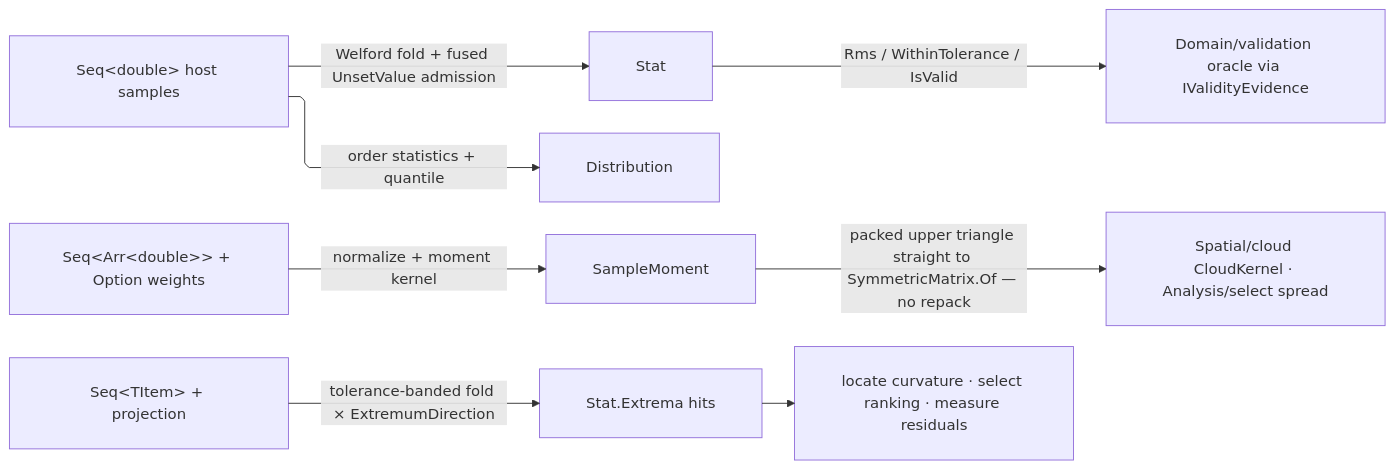
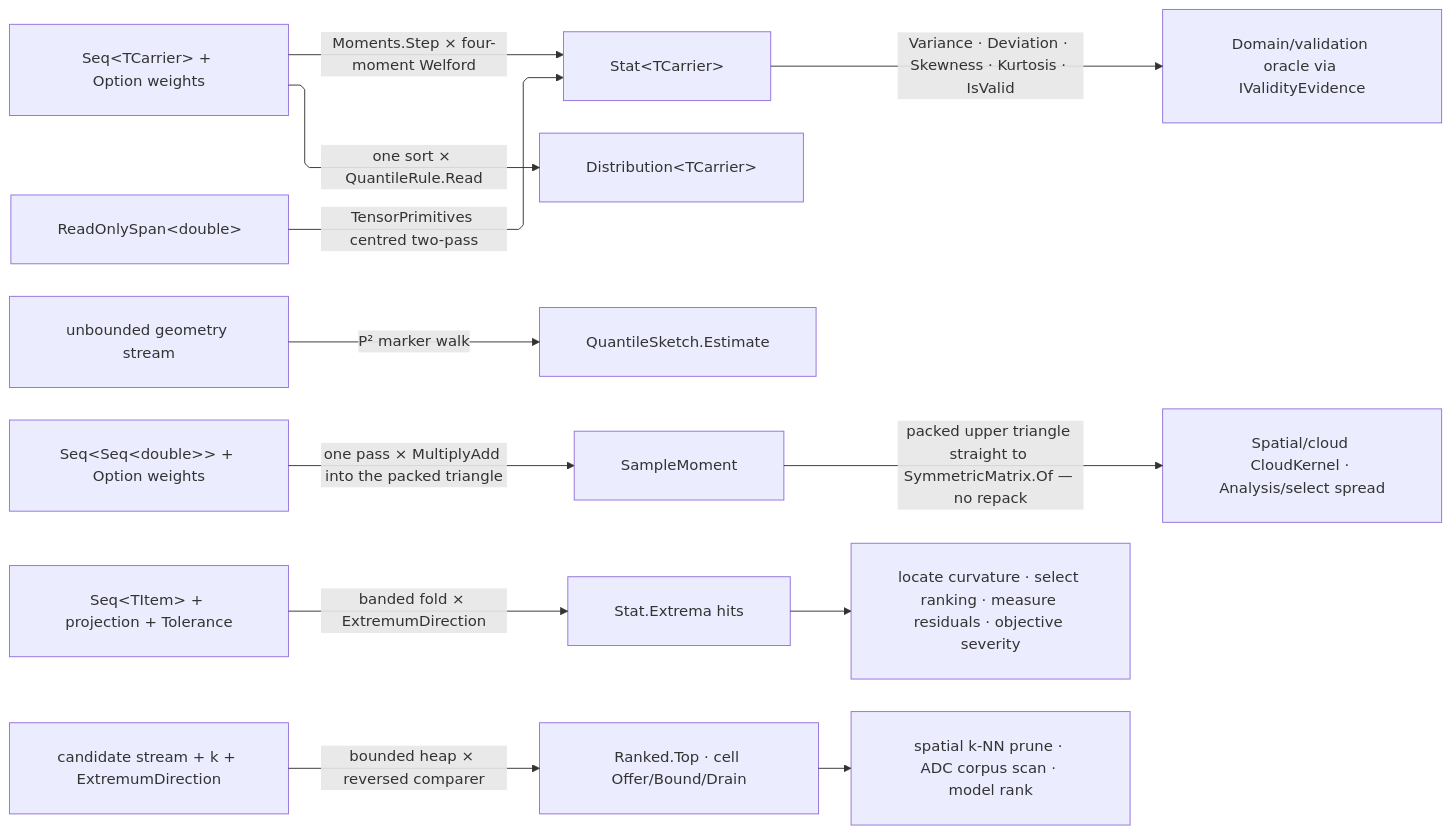
The diagram in libs/csharp/Rasm/.planning/Domain/stats.md (bsamiee/Rasm), drawn with Mermaid before and after one commit. The commit also changed other lines of this file and 818 other files, not shown here.

````diff
--- a/libs/csharp/Rasm/.planning/Domain/stats.md
+++ b/libs/csharp/Rasm/.planning/Domain/stats.md
@@ -290,19 +612,23 @@
 ```mermaid
 ---
 config:
   layout: elk
   flowchart:
     curve: linear
     padding: 25
 ---
 flowchart LR
     accTitle: Stats receipt flow
-    accDescr: Host samples fold into Stat, Distribution, SampleMoment, and extrema receipts, each re-entering the validation oracle before downstream consumers read them.
-    Samples["Seq&lt;double&gt; host samples"] -->|Welford fold + fused UnsetValue admission| Stat
-    Stat -->|Rms / WithinTolerance / IsValid| Oracle["Domain/validation oracle via IValidityEvidence"]
-    Samples -->|order statistics + quantile| Distribution
-    Rows["Seq&lt;Arr&lt;double&gt;&gt; + Option weights"] -->|normalize + moment kernel| SampleMoment
+    accDescr: Carrier samples fold through one Welford recurrence into Stat, Distribution, SampleMoment, and extrema receipts, each re-entering the validation oracle before downstream consumers read them.
+    Samples["Seq&lt;TCarrier&gt; + Option weights"] -->|Moments.Step × four-moment Welford| Stat["Stat&lt;TCarrier&gt;"]
+    Plane["ReadOnlySpan&lt;double&gt;"] -->|TensorPrimitives centred two-pass| Stat
+    Stat -->|Variance · Deviation · Skewness · Kurtosis · IsValid| Oracle["Domain/validation oracle via IValidityEvidence"]
+    Samples -->|one sort × QuantileRule.Read| Distribution["Distribution&lt;TCarrier&gt;"]
+    Stream["unbounded geometry stream"] -->|P² marker walk| Sketch["QuantileSketch.Estimate"]
+    Rows["Seq&lt;Seq&lt;double&gt;&gt; + Option weights"] -->|one pass × MultiplyAdd into the packed triangle| SampleMoment
     SampleMoment -->|packed upper triangle straight to SymmetricMatrix.Of — no repack| PCA["Spatial/cloud CloudKernel · Analysis/select spread"]
-    Items["Seq&lt;TItem&gt; + projection"] -->|tolerance-banded fold × ExtremumDirection| Extrema["Stat.Extrema hits"]
-    Extrema --> Families["locate curvature · select ranking · measure residuals"]
+    Items["Seq&lt;TItem&gt; + projection + Tolerance"] -->|banded fold × ExtremumDirection| Extrema["Stat.Extrema hits"]
+    Extrema --> Families["locate curvature · select ranking · measure residuals · objective severity"]
+    Candidates["candidate stream + k + ExtremumDirection"] -->|bounded heap × reversed comparer| Ranked["Ranked.Top · cell Offer/Bound/Drain"]
+    Ranked --> RankReaders["spatial k-NN prune · ADC corpus scan · model rank"]
 ```
````
